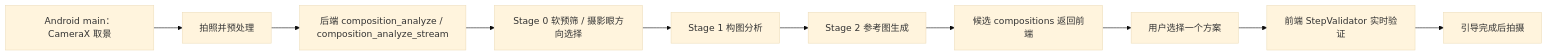
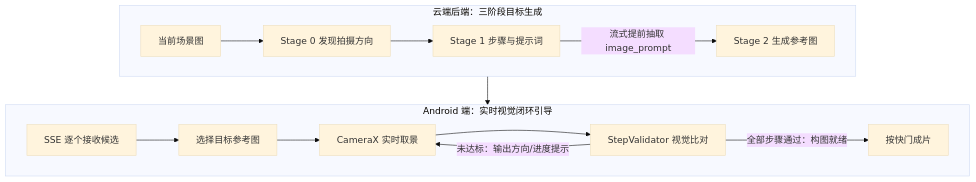
The diagram in README.md (MottoYoung/Composition_Assistant_V1), drawn with Mermaid (base theme) before and after one commit. The commit also changed other lines of this file and 8 other files, not shown here.

````diff
--- a/README.md
+++ b/README.md
@@ -49,12 +65,18 @@
 ```mermaid
-flowchart LR
-    A["Android main：CameraX 取景"] --> B["拍照并预处理"]
-    B --> C["后端 composition_analyze / composition_analyze_stream"]
-    C --> D["Stage 0 软预筛 / 摄影眼方向选择"]
-    D --> E["Stage 1 构图分析"]
-    E --> F["Stage 2 参考图生成"]
-    F --> G["候选 compositions 返回前端"]
-    G --> H["用户选择一个方案"]
-    H --> I["前端 StepValidator 实时验证"]
-    I --> J["引导完成后拍摄"]
+flowchart TB
+    subgraph backend_pipe["云端后端：三阶段目标生成"]
+        direction LR
+        A["当前场景图"] --> B["Stage 0 发现拍摄方向"]
+        B --> C["Stage 1 步骤与提示词"]
+        C -->|"流式提前抽取 image_prompt"| D["Stage 2 生成参考图"]
+    end
+    subgraph android_loop["Android 端：实时视觉闭环引导"]
+        direction LR
+        E["SSE 逐个接收候选"] --> F["选择目标参考图"]
+        F --> G["CameraX 实时取景"]
+        G --> H["StepValidator 视觉比对"]
+        H -->|"未达标：输出方向/进度提示"| G
+        H -->|"全部步骤通过：构图就绪"| I["按快门成片"]
+    end
+    backend_pipe --> android_loop
 ```
````
